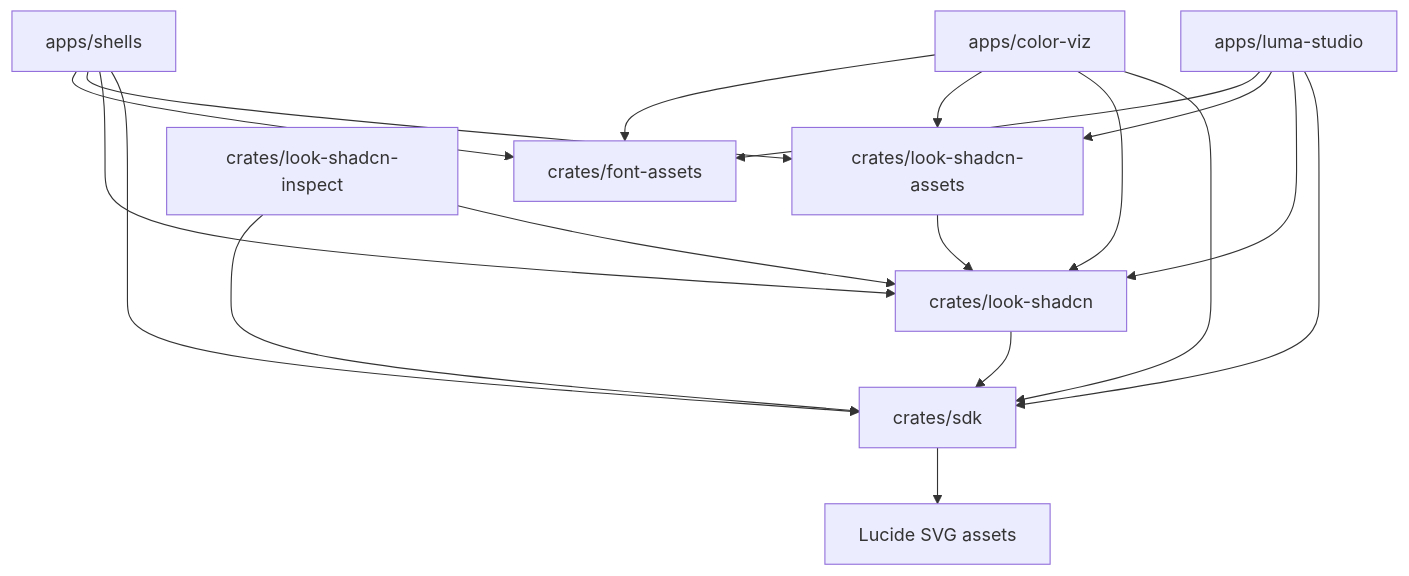
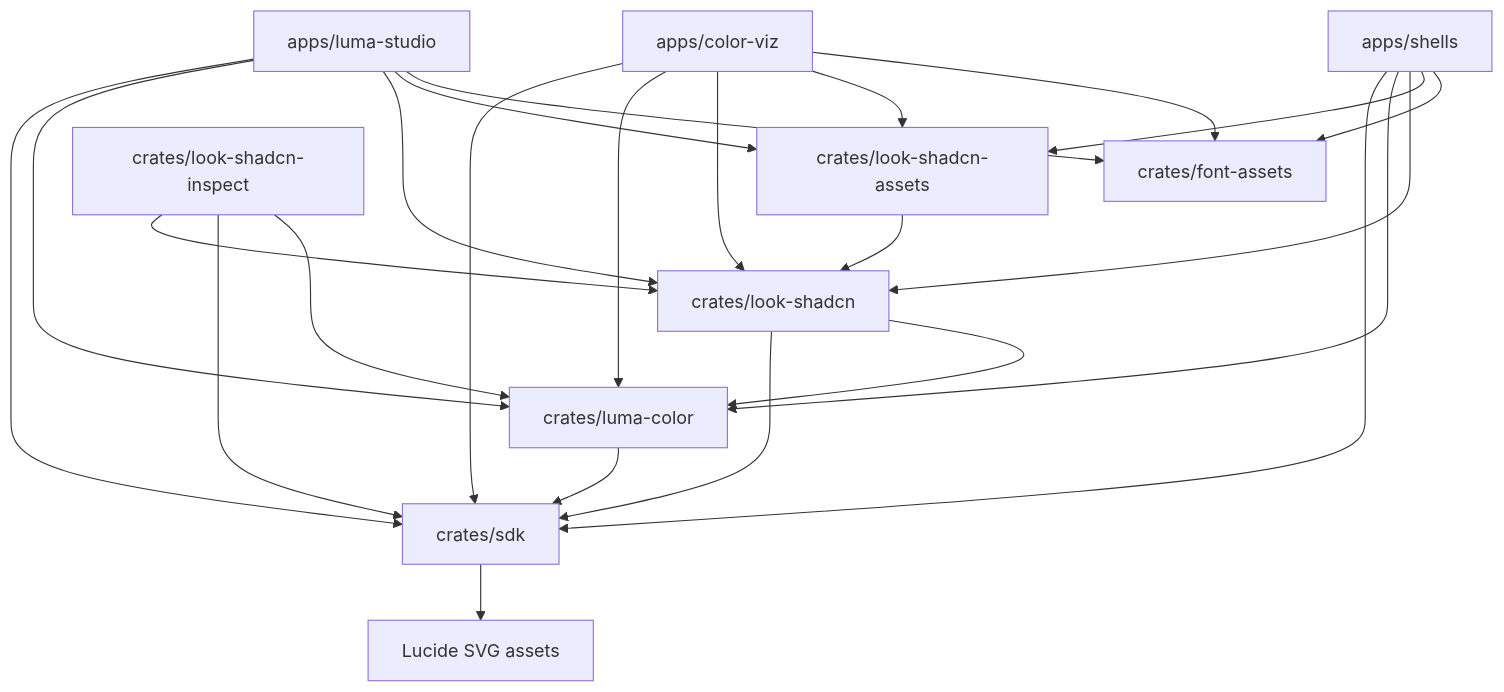
One commit to gpui-luma-dev/gpui-luma changed the diagram in docs/architecture.md. Above: the diagram before and after it, drawn with Mermaid. The commit also changed other lines of this file and 156 other files, not shown here.

````diff
--- a/docs/architecture.md
+++ b/docs/architecture.md
@@ -25,20 +26,26 @@
 ```mermaid
 graph TD
     Studio[apps/luma-studio] --> SDK[crates/sdk]
+    Studio --> Color[crates/luma-color]
+    Color --> SDK
     SDK --> Lucide[Lucide SVG assets]
     Studio --> Look[crates/look-shadcn]
     Studio --> Assets[crates/look-shadcn-assets]
     Studio --> Fonts[crates/font-assets]
     ColorViz[apps/color-viz] --> SDK
+    ColorViz --> Color
     ColorViz --> Look
     ColorViz --> Assets
     ColorViz --> Fonts
     Shells[apps/shells] --> SDK
+    Shells --> Color
     Shells --> Look
     Shells --> Assets
     Shells --> Fonts
     Look --> SDK
+    Look --> Color
     Assets --> Look
     LookInspect[crates/look-shadcn-inspect] --> Look
     LookInspect --> SDK
+    LookInspect --> Color
 ```
````
